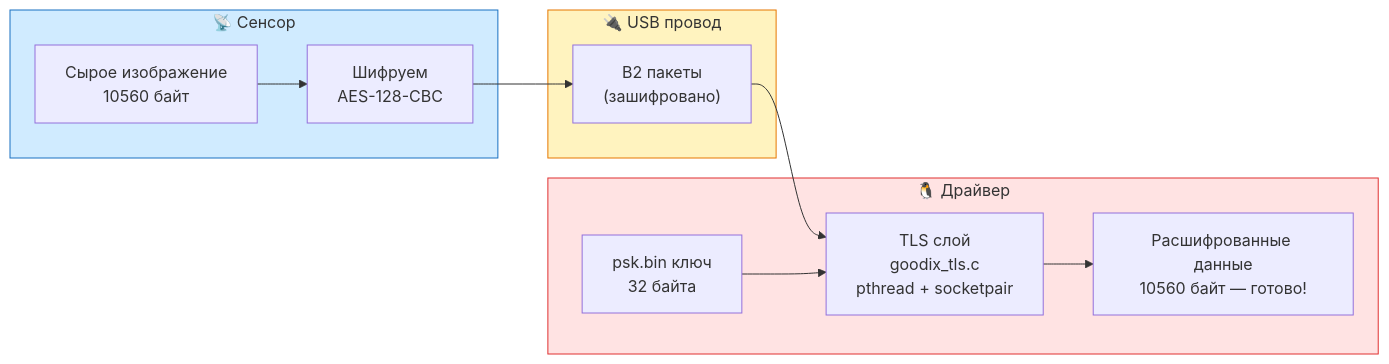
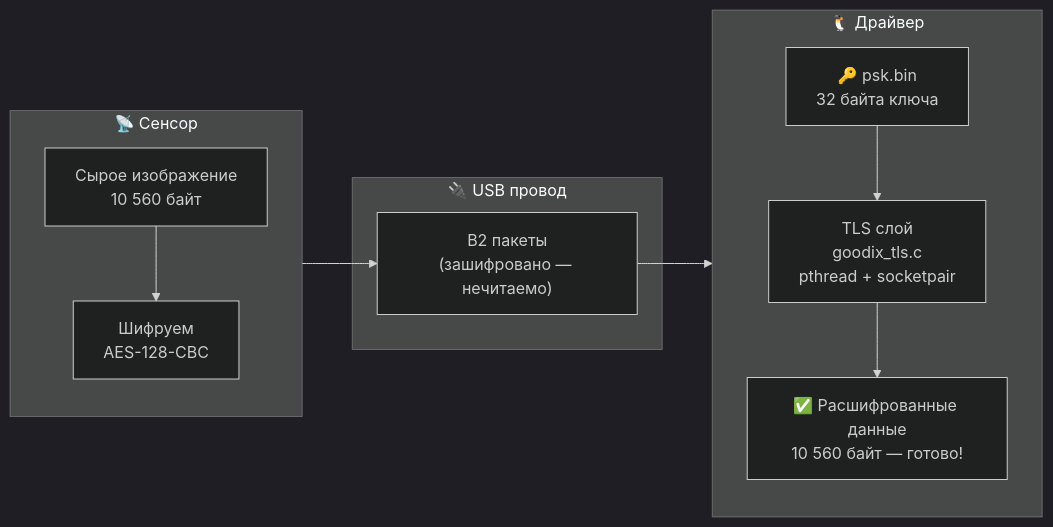
Before and after one commit to mrcook1e-ai/goodix-gm168: the sixth of 13 diagrams in DIAGRAM_RU.md, drawn with Mermaid. The commit also changed other lines of this file, not shown here.

````diff
--- a/DIAGRAM_RU.md
+++ b/DIAGRAM_RU.md
@@ -146,26 +147,25 @@
 ```mermaid
+%%{init: {'theme': 'dark'}}%%
 flowchart LR
     subgraph SENSOR["📡 Сенсор"]
-        RAW["Сырое изображение\n10560 байт"]
+        direction TB
+        RAW["Сырое изображение\n10 560 байт"]
         ENC["Шифруем\nAES-128-CBC"]
         RAW --> ENC
     end
 
     subgraph WIRE["🔌 USB провод"]
-        PKT["B2 пакеты\n(зашифровано)"]
-        ENC --> PKT
+        PKT["B2 пакеты\n(зашифровано — нечитаемо)"]
     end
 
     subgraph DRIVER["🐧 Драйвер"]
+        direction TB
+        PSK["🔑 psk.bin\n32 байта ключа"]
         TLS["TLS слой\ngoodix_tls.c\npthread + socketpair"]
-        PSK["psk.bin ключ\n32 байта"]
-        PLAIN["Расшифрованные данные\n10560 байт — готово!"]
-        PKT --> TLS
+        PLAIN["✅ Расшифрованные данные\n10 560 байт — готово!"]
         PSK --> TLS
         TLS --> PLAIN
     end
 
-    style SENSOR fill:#d0ebff,stroke:#1971c2
-    style WIRE fill:#fff3bf,stroke:#e67700
-    style DRIVER fill:#ffe3e3,stroke:#e03131
+    ENC --> PKT --> TLS
 ```
````
